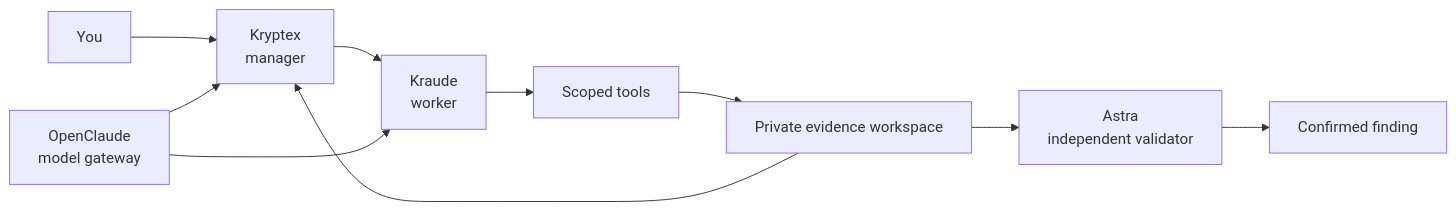
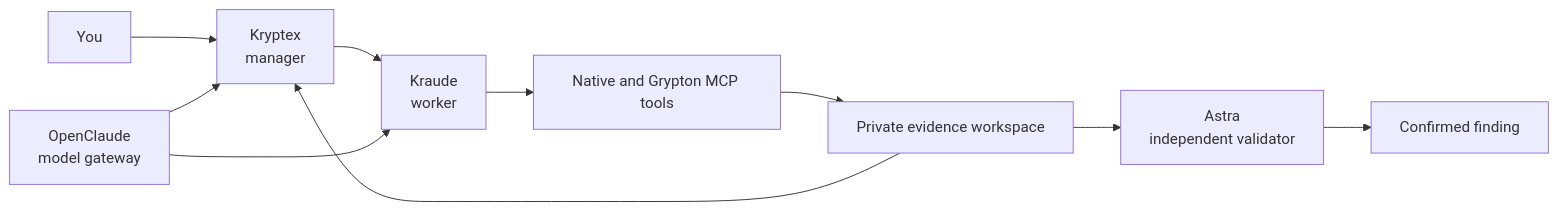
The first of 2 diagrams in README.md (pacmm255/grypton), drawn with Mermaid before and after one commit. The commit also changed other lines of this file and 30 other files, not shown here.

````diff
--- a/README.md
+++ b/README.md
@@ -24,12 +24,12 @@
 ```mermaid
 flowchart LR
     O[You] --> K[Kryptex\nmanager]
     K --> W[Kraude\nworker]
     OC[OpenClaude\nmodel gateway] --> K
     OC --> W
-    W --> T[Scoped tools]
+    W --> T[Native and Grypton MCP tools]
     T --> E[Private evidence workspace]
     E --> K
     E --> A[Astra\nindependent validator]
     A --> F[Confirmed finding]
 ```
````
